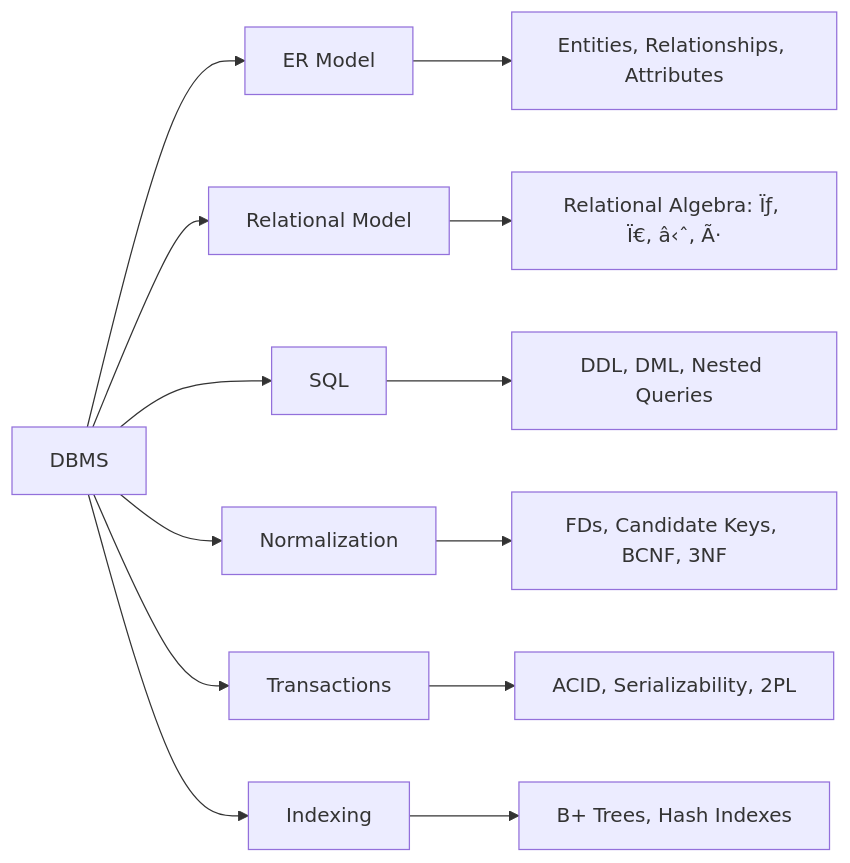
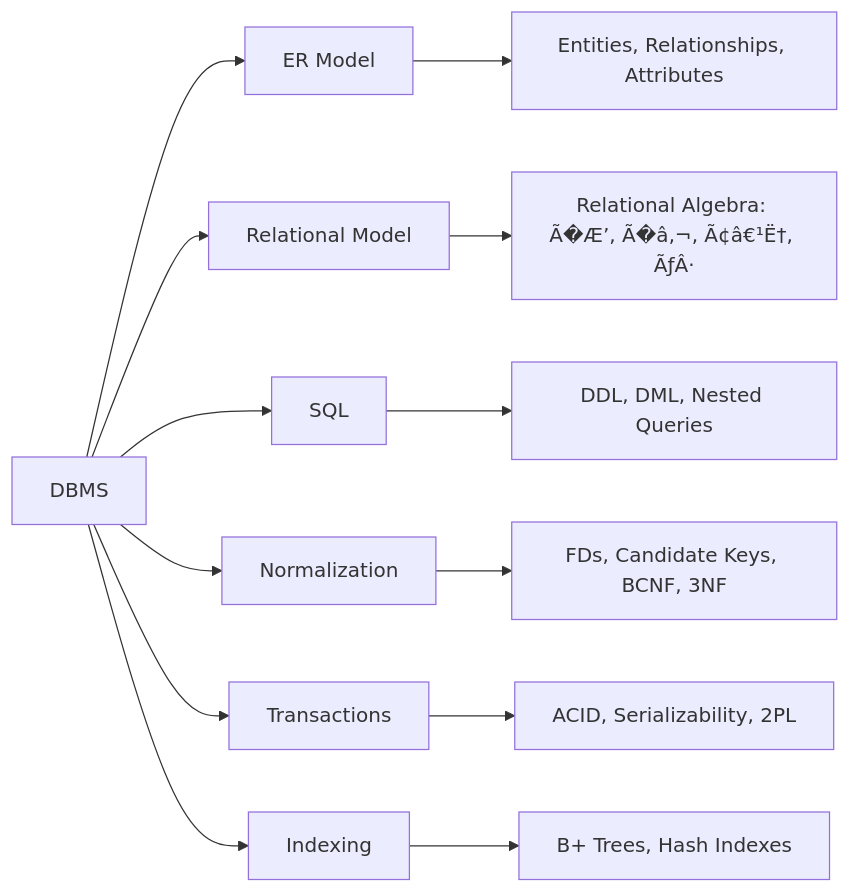
The second of 2 diagrams in docs/courses/gate-cs-preparation/08-database-management-systems.md (Raushan666java/ai-engineering-journey), drawn with Mermaid before and after one commit. The commit also changed other lines of this file and 29 other files, not shown here.

````diff
--- a/docs/courses/gate-cs-preparation/08-database-management-systems.md
+++ b/docs/courses/gate-cs-preparation/08-database-management-systems.md
@@ -2177,15 +4353,29 @@
 ```mermaid
+
 flowchart LR
+
     A[DBMS] --> B[ER Model]
+
     A --> C[Relational Model]
+
     A --> D[SQL]
+
     A --> E[Normalization]
+
     A --> F[Transactions]
+
     A --> G[Indexing]
+
     B --> B1[Entities, Relationships, Attributes]
-    C --> C1[Relational Algebra: Ïƒ, Ï€, â‹ˆ, Ã·]
+
+    C --> C1[Relational Algebra: Ã�Æ’, Ã�â‚¬, Ã¢â€¹Ë†, ÃƒÂ·]
+
     D --> D1[DDL, DML, Nested Queries]
+
     E --> E1[FDs, Candidate Keys, BCNF, 3NF]
+
     F --> F1[ACID, Serializability, 2PL]
+
     G --> G1[B+ Trees, Hash Indexes]
+
 ```
````
